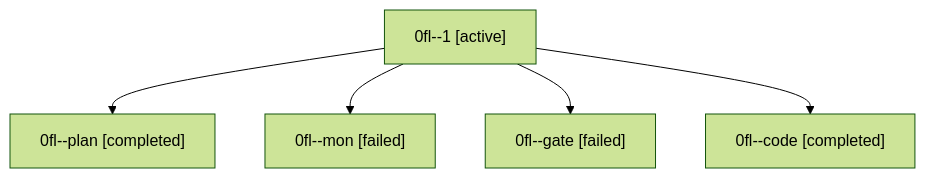
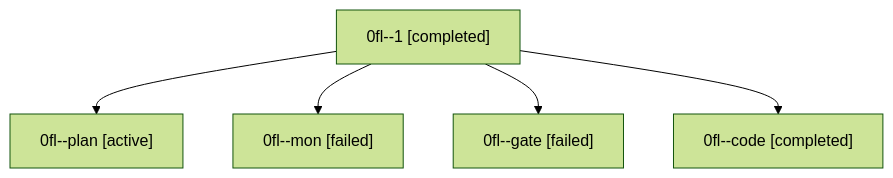
Before and after one commit to sase-org/sase--agents: the diagram in families/bbugyi200.athena.0fl.md, drawn with Mermaid (forest theme). The commit also changed other lines of this file and 35830 other files, not shown here.

````diff
--- a/families/bbugyi200.athena.0fl.md
+++ b/families/bbugyi200.athena.0fl.md
@@ -9,12 +9,12 @@
 ```mermaid
 flowchart TD
-  n0["0fl--1 [active]"]
-  n1["0fl--plan [completed]"]
+  n0["0fl--1 [completed]"]
+  n1["0fl--plan [active]"]
   n0 --> n1
   n2["0fl--mon [failed]"]
   n0 --> n2
   n3["0fl--gate [failed]"]
   n0 --> n3
   n4["0fl--code [completed]"]
   n0 --> n4
 ```
````
